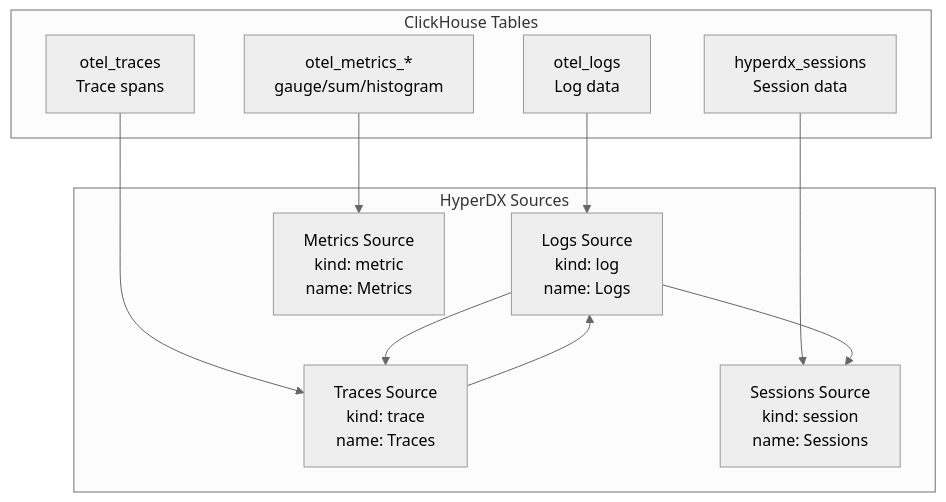
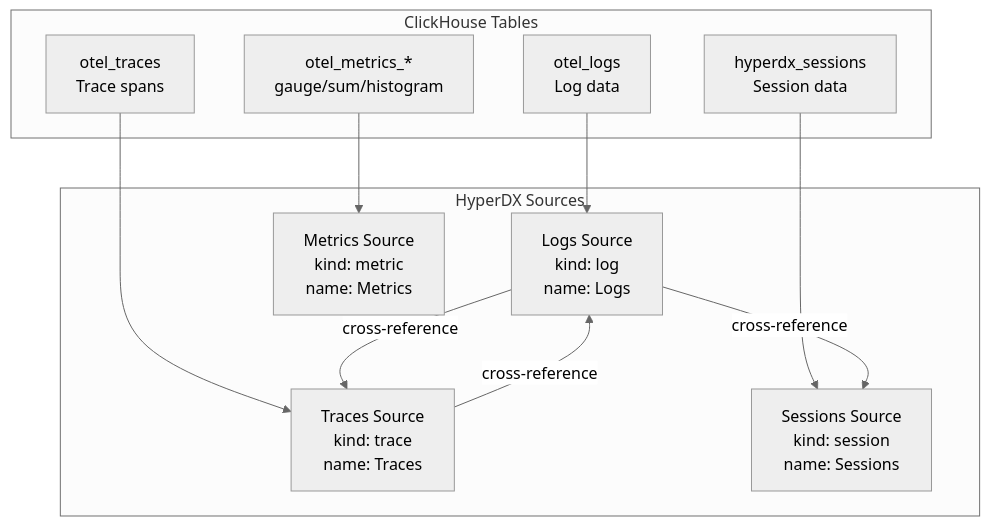
One commit to openchoreo/openchoreo changed the fifth of 6 diagrams in docs/hyperdxio-helm-charts-docs/HyperDX-Application-Configuration.md. Above: the diagram before and after it, drawn with Mermaid (neutral theme). The commit also changed other lines of this file and 85 other files, not shown here.

Commit message:
feat: Add new workflow and specification templates, update Helm chart dependencies, and clarify documentation diagrams.

````diff
--- a/docs/hyperdxio-helm-charts-docs/HyperDX-Application-Configuration.md
+++ b/docs/hyperdxio-helm-charts-docs/HyperDX-Application-Configuration.md
@@ -381,34 +381,34 @@
 ```mermaid
 flowchart TD
 
 LogsTable["otel_logs<br>Log data"]
 TracesTable["otel_traces<br>Trace spans"]
 MetricsTables["otel_metrics_*<br>gauge/sum/histogram"]
 SessionsTable["hyperdx_sessions<br>Session data"]
 LogSource["Logs Source<br>kind: log<br>name: Logs"]
 TraceSource["Traces Source<br>kind: trace<br>name: Traces"]
 MetricSource["Metrics Source<br>kind: metric<br>name: Metrics"]
 SessionSource["Sessions Source<br>kind: session<br>name: Sessions"]
 
 LogsTable --> LogSource
 TracesTable --> TraceSource
 MetricsTables --> MetricSource
 SessionsTable --> SessionSource
 
 subgraph subGraph1 ["HyperDX Sources"]
     LogSource
     TraceSource
     MetricSource
     SessionSource
-    LogSource --> TraceSource
-    LogSource --> SessionSource
-    TraceSource --> LogSource
+    LogSource -->|"cross-reference"| TraceSource
+    LogSource -->|"cross-reference"| SessionSource
+    TraceSource -->|"cross-reference"| LogSource
 end
 
 subgraph subGraph0 ["ClickHouse Tables"]
     LogsTable
     TracesTable
     MetricsTables
     SessionsTable
 end
 ```
````
